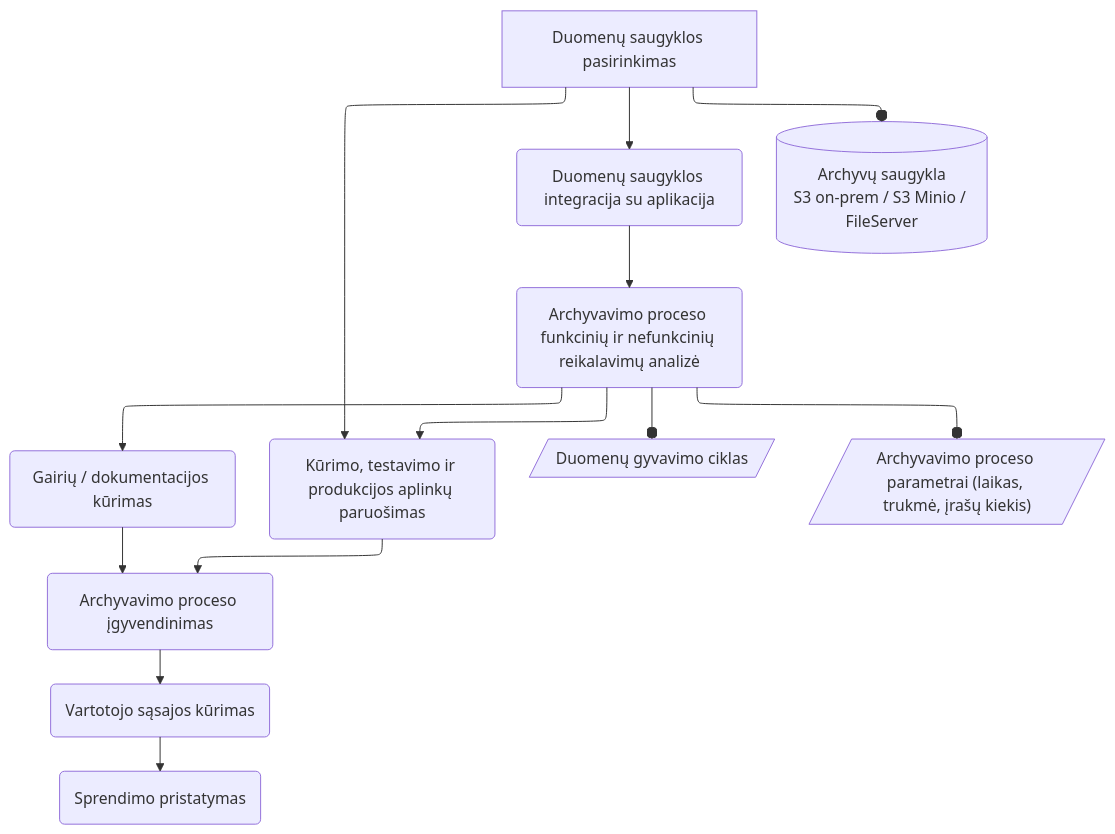
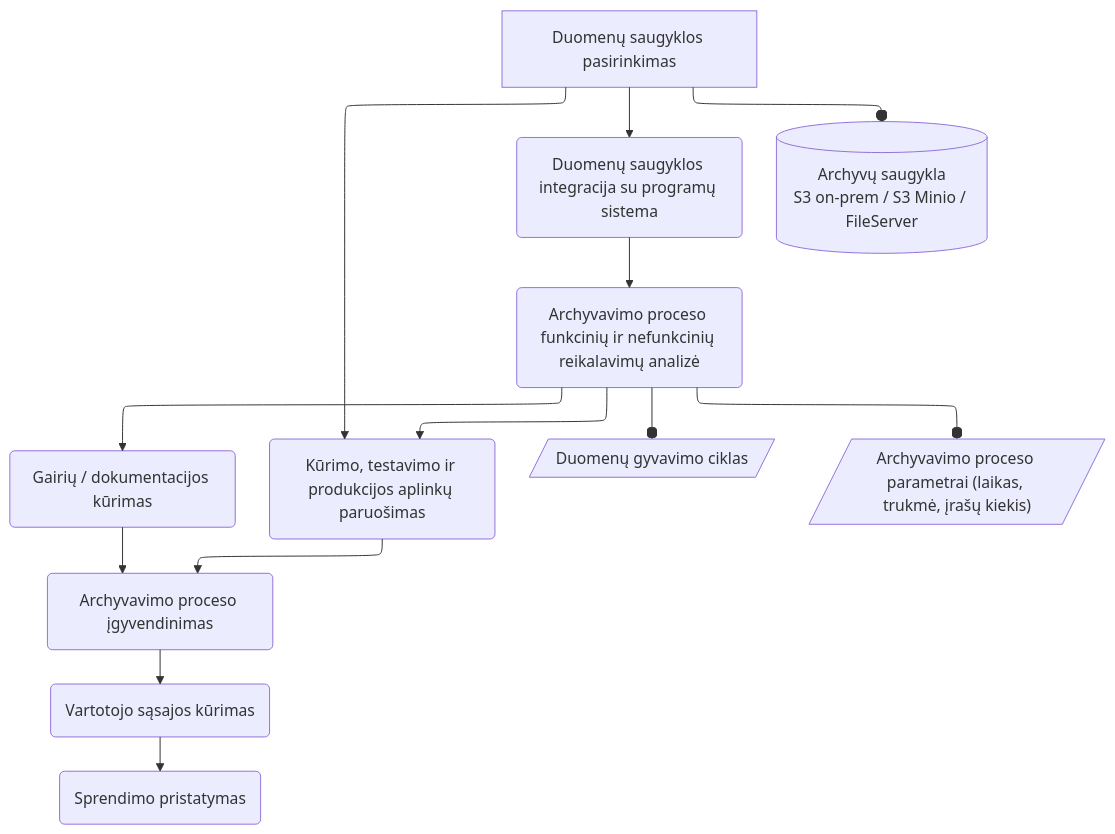
One commit to onlyidev/bachelor.practice changed the diagram in diagrams/plan.mmd. Above: the diagram before and after it, drawn with Mermaid. The commit also changed 6 other files, not shown here.

```diff
--- a/diagrams/plan.mmd
+++ b/diagrams/plan.mmd
@@ -1,22 +1,22 @@
 ---
 config:
   layout: elk
 ---
 flowchart TD
 analysis["Duomenų saugyklos pasirinkimas"]
 guidelines("Gairių / dokumentacijos kūrimas")
-integrate("Duomenų saugyklos integracija su aplikacija")
+integrate("Duomenų saugyklos integracija su programų sistema")
 requirements("Archyvavimo proceso funkcinių ir nefunkcinių reikalavimų analizė")
 env("Kūrimo, testavimo ir produkcijos aplinkų paruošimas")
 process("Archyvavimo proceso įgyvendinimas")
 gui("Vartotojo sąsajos kūrimas")
 presentation("Sprendimo pristatymas")
 
 requirements --o data[/"Duomenų gyvavimo ciklas"/]
 requirements --o nfr[/"Archyvavimo proceso parametrai (laikas, trukmė, įrašų kiekis)"/]
 analysis --o db[("Archyvų saugykla
 S3 on-prem / S3 Minio / FileServer")]
 
 analysis --> integrate & env
 integrate --> requirements
 requirements --> guidelines & env --> process --> gui --> presentation
```
